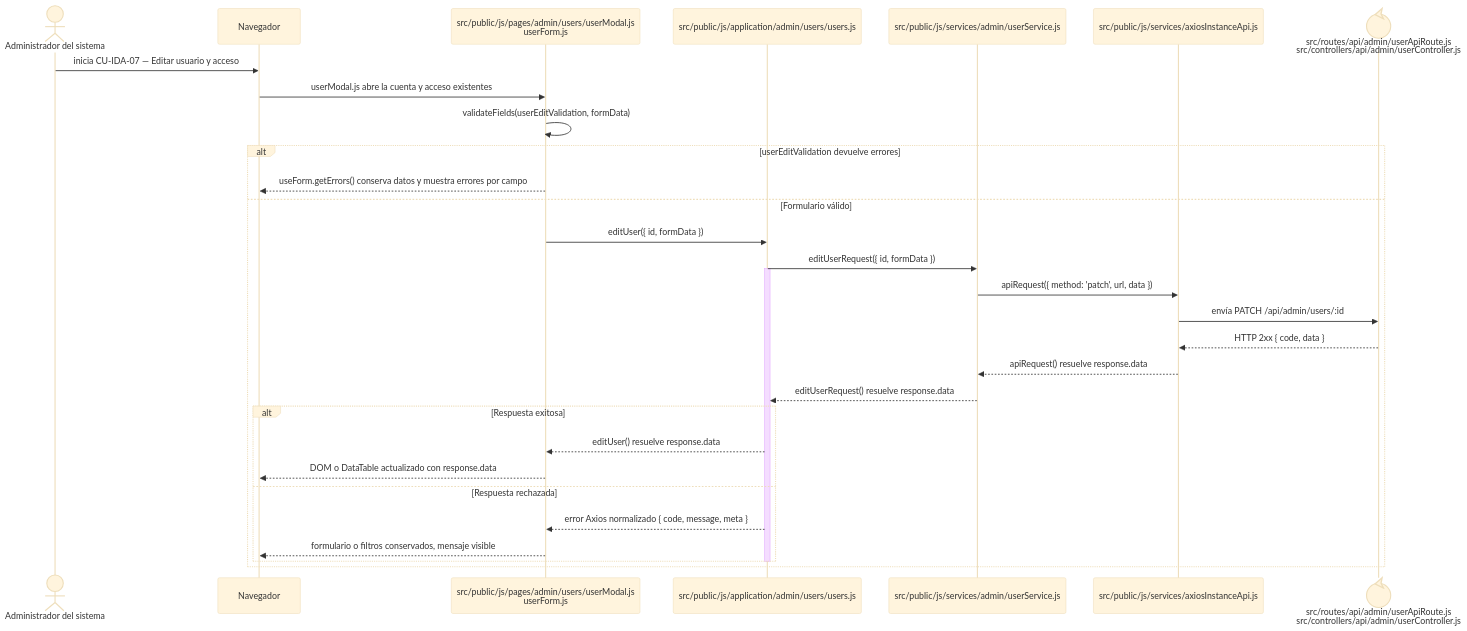
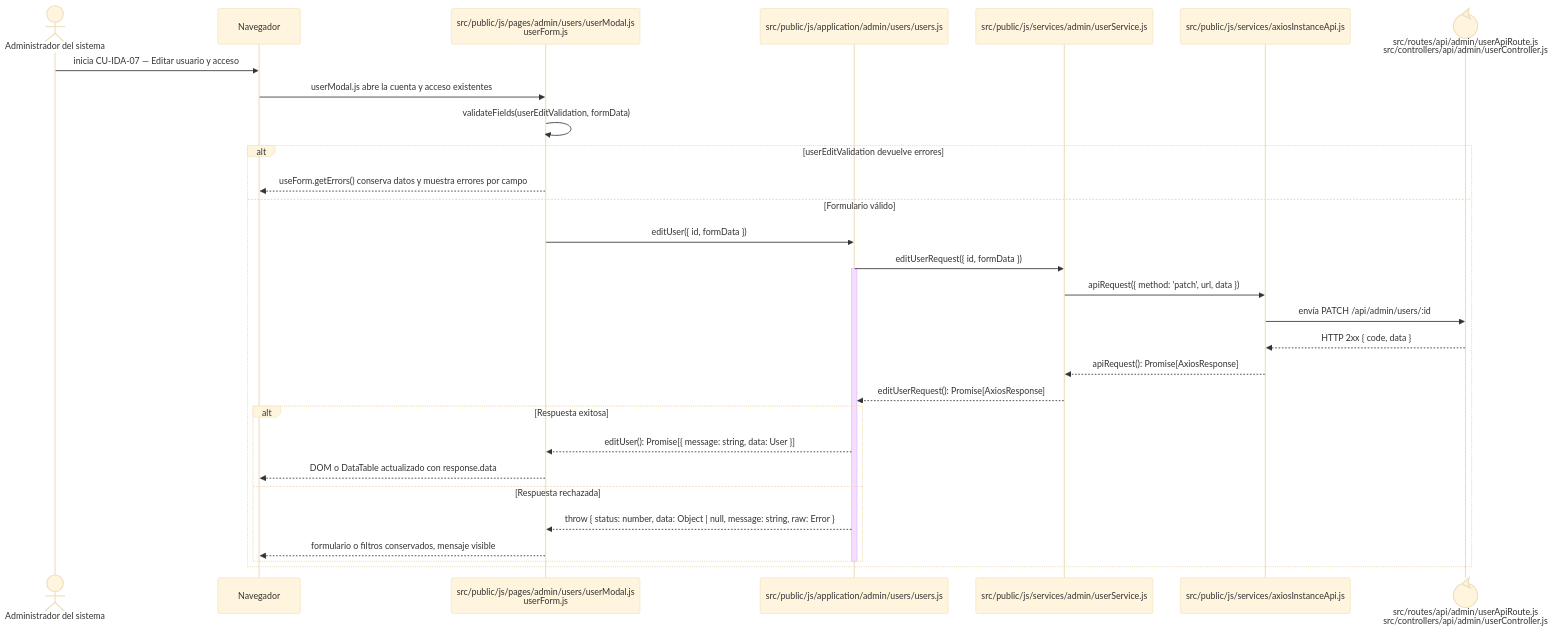
Before and after one commit to gpgsistemas01/nexus: the diagram in docs/architecture/frontend-code-sequences/identity-access/cu-ida-07.md, drawn with Mermaid (base theme). The commit also changed 146 other files, not shown here.

````diff
--- a/docs/architecture/frontend-code-sequences/identity-access/cu-ida-07.md
+++ b/docs/architecture/frontend-code-sequences/identity-access/cu-ida-07.md
@@ -6,34 +6,34 @@
 ```mermaid
 sequenceDiagram
     actor Initiator as Administrador del sistema
     participant Browser as Navegador
     participant View as src/public/js/pages/admin/users/userModal.js<br/>userForm.js
     participant Application as src/public/js/application/admin/users/users.js
     participant Request as src/public/js/services/admin/userService.js
     participant HTTP as src/public/js/services/axiosInstanceApi.js
     participant Transport@{ "type": "control" } as src/routes/api/admin/userApiRoute.js<br/>src/controllers/api/admin/userController.js
 
     Initiator->>Browser: inicia CU-IDA-07 — Editar usuario y acceso
     Browser->>View: userModal.js abre la cuenta y acceso existentes
     View->>View: validateFields(userEditValidation, formData)
     alt userEditValidation devuelve errores
         View-->>Browser: useForm.getErrors() conserva datos y muestra errores por campo
     else Formulario válido
         View->>Application: editUser({ id, formData })
         Application->>Request: editUserRequest({ id, formData })
         activate Application
         Request->>HTTP: apiRequest({ method: 'patch', url, data })
         HTTP->>Transport: envía PATCH /api/admin/users/:id
         Transport-->>HTTP: HTTP 2xx { code, data }
-        HTTP-->>Request: apiRequest() resuelve response.data
-        Request-->>Application: editUserRequest() resuelve response.data
+        HTTP-->>Request: apiRequest(): Promise[AxiosResponse]
+        Request-->>Application: editUserRequest(): Promise[AxiosResponse]
         alt Respuesta exitosa
-            Application-->>View: editUser() resuelve response.data
+            Application-->>View: editUser(): Promise[{ message: string, data: User }]
             View-->>Browser: DOM o DataTable actualizado con response.data
         else Respuesta rechazada
-            Application-->>View: error Axios normalizado { code, message, meta }
+            Application-->>View: throw { status: number, data: Object | null, message: string, raw: Error }
             View-->>Browser: formulario o filtros conservados, mensaje visible
         end
         deactivate Application
     end
 ```
````
